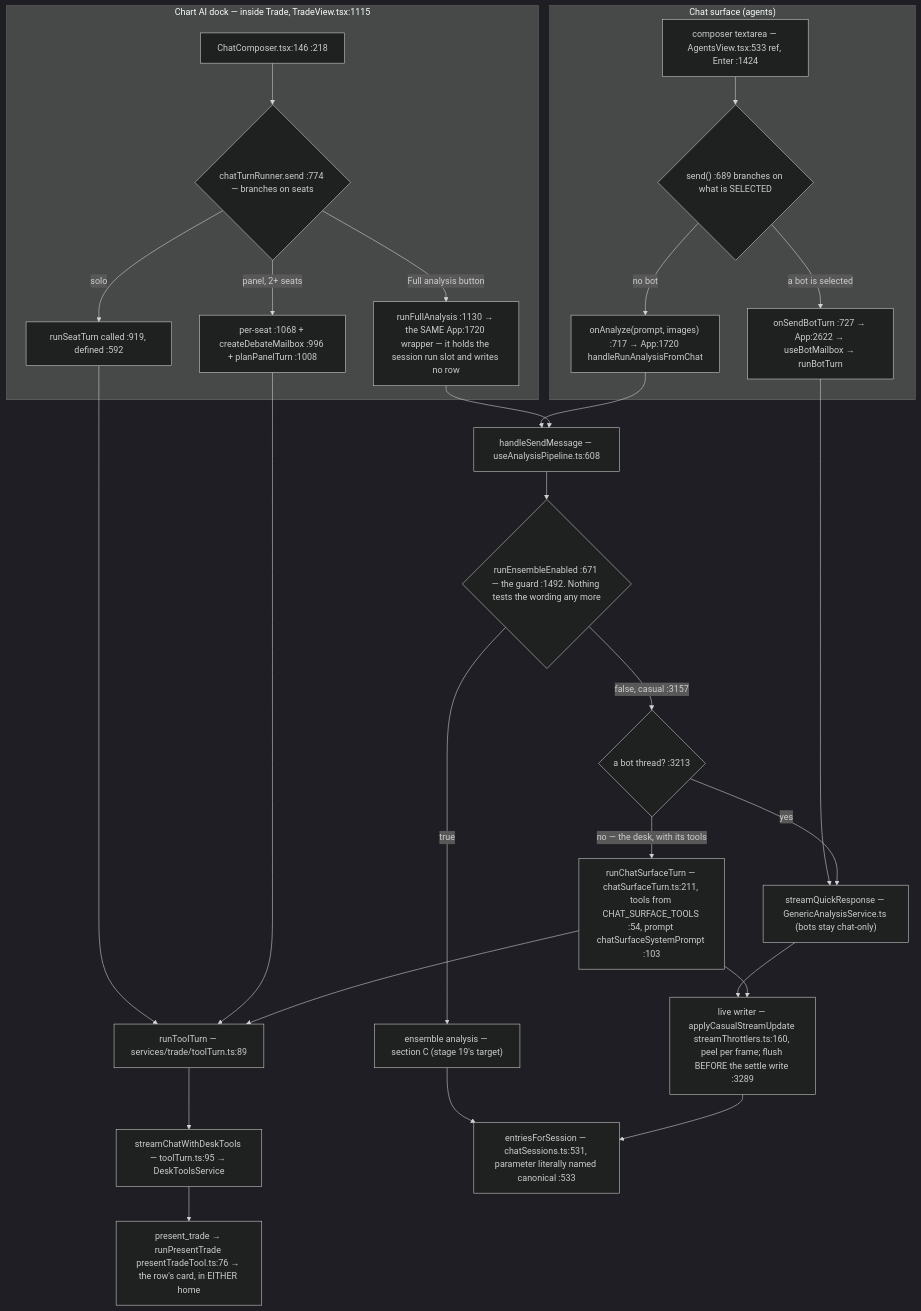
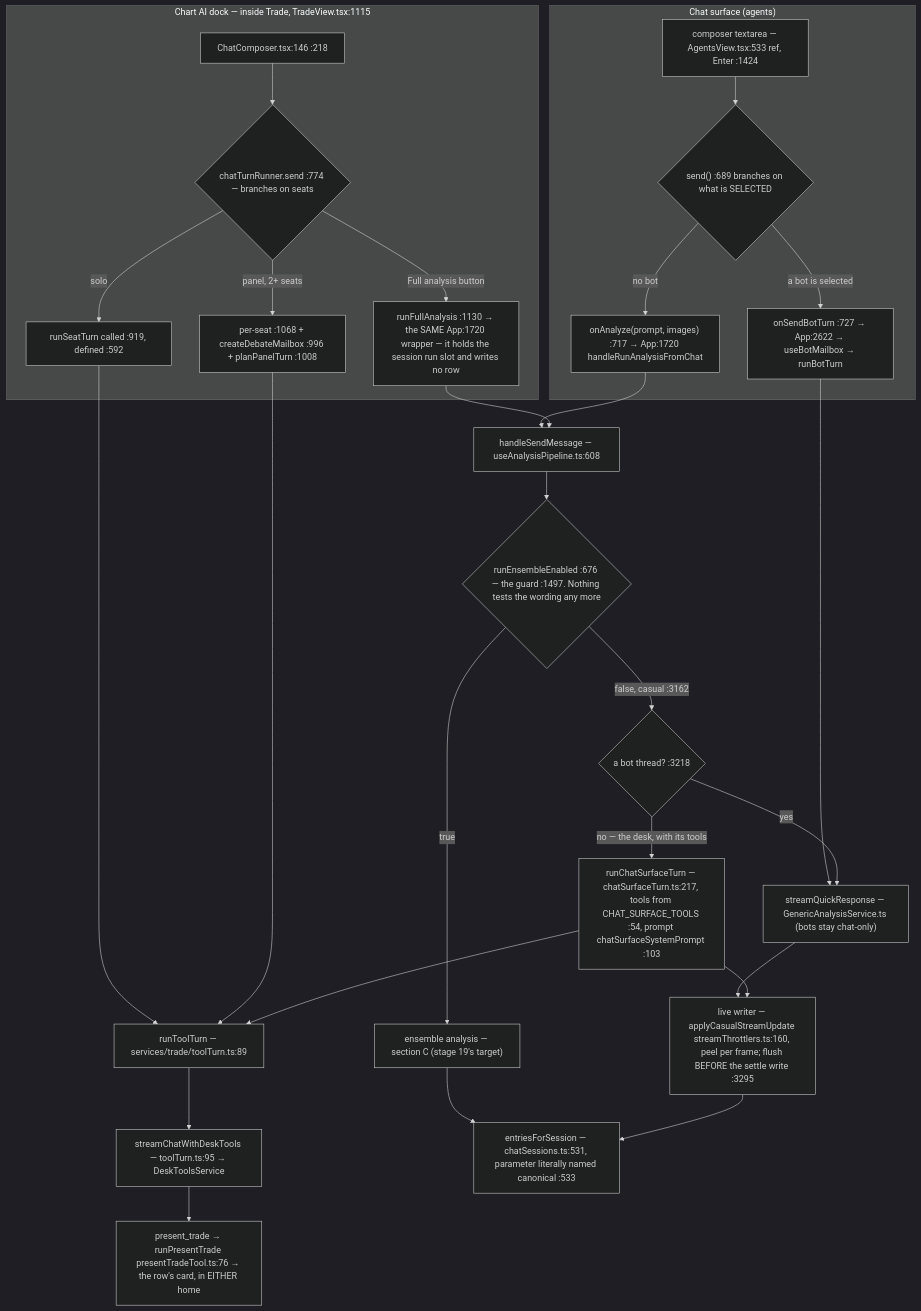
The second of 7 diagrams in docs/app-flow.md (Acepay25/august-3.5), drawn with Mermaid (dark theme) before and after one commit. The commit also changed other lines of this file and 7 other files, not shown here.

````diff
--- a/docs/app-flow.md
+++ b/docs/app-flow.md
@@ -49,31 +50,31 @@
 ```mermaid
 flowchart TD
     subgraph CHAT["Chat surface (agents)"]
         CB["composer textarea — AgentsView.tsx:533 ref, Enter :1424"] --> D1{"send() :689 branches on what is SELECTED"}
         D1 -->|a bot is selected| BOT["onSendBotTurn :727 → App:2622 → useBotMailbox → runBotTurn"]
         D1 -->|no bot| AN["onAnalyze(prompt, images) :717 → App:1720 handleRunAnalysisFromChat"]
     end
     subgraph DOCK["Chart AI dock — inside Trade, TradeView.tsx:1115"]
         DC["ChatComposer.tsx:146 :218"] --> D2{"chatTurnRunner.send :774 — branches on seats"}
         D2 -->|solo| SO["runSeatTurn called :919, defined :592"]
         D2 -->|panel, 2+ seats| PN["per-seat :1068 + createDebateMailbox :996 + planPanelTurn :1008"]
         D2 -->|Full analysis button| FA["runFullAnalysis :1130 → the SAME App:1720 wrapper — it holds the session run slot and writes no row"]
     end
     SO --> TT["runToolTurn — services/trade/toolTurn.ts:89"]
     PN --> TT
     TT --> SCDT["streamChatWithDeskTools — toolTurn.ts:95 → DeskToolsService"]
     BOT --> TR["streamQuickResponse — GenericAnalysisService.ts (bots stay chat-only)"]
     AN --> HSM["handleSendMessage — useAnalysisPipeline.ts:608"]
     FA --> HSM
-    HSM --> D3{"runEnsembleEnabled :671 — the guard :1492. Nothing tests the wording any more"}
+    HSM --> D3{"runEnsembleEnabled :676 — the guard :1497. Nothing tests the wording any more"}
     D3 -->|true| ENS["ensemble analysis — section C (stage 19's target)"]
-    D3 -->|false, casual :3157| SPLIT{"a bot thread? :3213"}
+    D3 -->|false, casual :3162| SPLIT{"a bot thread? :3218"}
     SPLIT -->|yes| TR
-    SPLIT -->|no — the desk, with its tools| CST["runChatSurfaceTurn — chatSurfaceTurn.ts:211, tools from CHAT_SURFACE_TOOLS :54, prompt chatSurfaceSystemPrompt :103"]
+    SPLIT -->|no — the desk, with its tools| CST["runChatSurfaceTurn — chatSurfaceTurn.ts:217, tools from CHAT_SURFACE_TOOLS :54, prompt chatSurfaceSystemPrompt :103"]
     CST --> TT
-    TR --> LW["live writer — applyCasualStreamUpdate streamThrottlers.ts:160, peel per frame; flush BEFORE the settle write :3289"]
+    TR --> LW["live writer — applyCasualStreamUpdate streamThrottlers.ts:160, peel per frame; flush BEFORE the settle write :3295"]
     CST --> LW
     ENS --> MERGE
     LW --> MERGE["entriesForSession — chatSessions.ts:531, parameter literally named canonical :533"]
     SCDT --> PT["present_trade → runPresentTrade presentTradeTool.ts:76 → the row's card, in EITHER home"]
 ```
````
